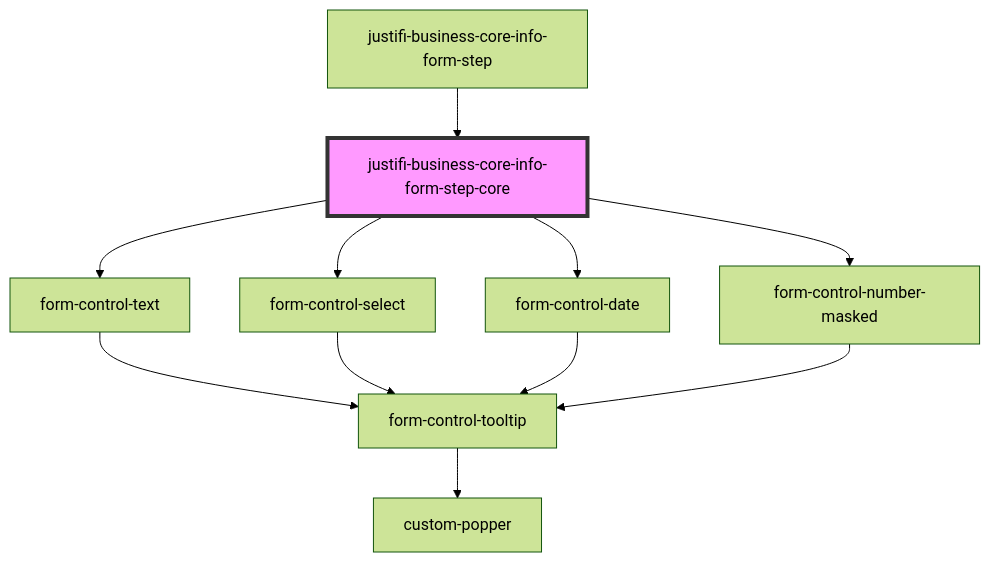
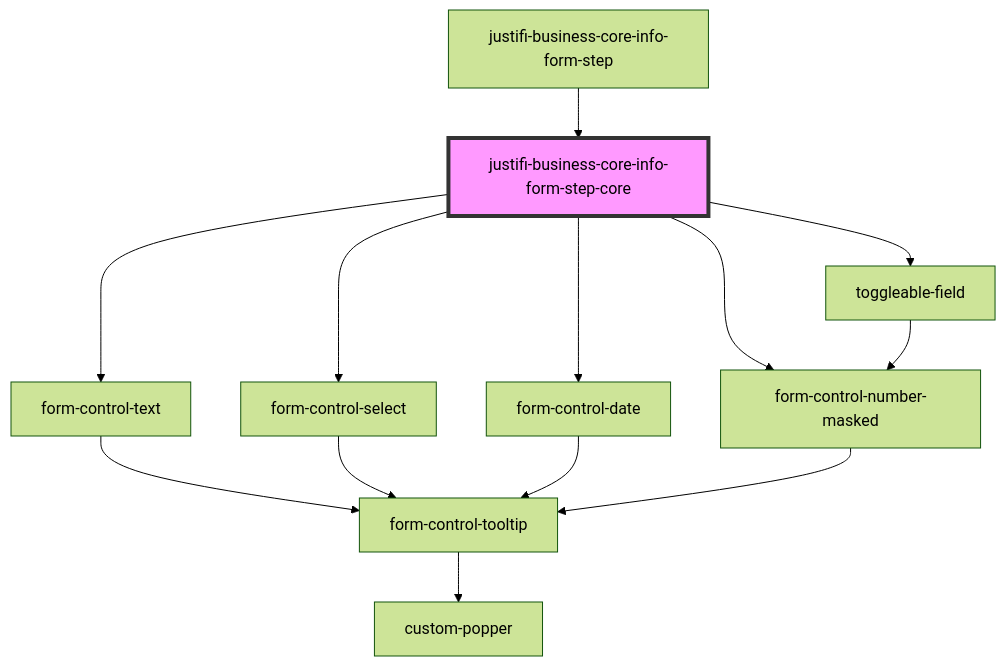
The diagram in packages/webcomponents/src/components/business-forms/payment-provisioning/business-core-info/readme.md (justifi-tech/web-component-library), drawn with Mermaid (forest theme) before and after one commit. The commit also changed other lines of this file and 21 other files, not shown here.

````diff
--- a/packages/webcomponents/src/components/business-forms/payment-provisioning/business-core-info/readme.md
+++ b/packages/webcomponents/src/components/business-forms/payment-provisioning/business-core-info/readme.md
@@ -61,14 +62,16 @@
 ```mermaid
 graph TD;
   justifi-business-core-info-form-step-core --> form-control-text
   justifi-business-core-info-form-step-core --> form-control-select
   justifi-business-core-info-form-step-core --> form-control-date
+  justifi-business-core-info-form-step-core --> toggleable-field
   justifi-business-core-info-form-step-core --> form-control-number-masked
   form-control-text --> form-control-tooltip
   form-control-tooltip --> custom-popper
   form-control-select --> form-control-tooltip
   form-control-date --> form-control-tooltip
+  toggleable-field --> form-control-number-masked
   form-control-number-masked --> form-control-tooltip
   justifi-business-core-info-form-step --> justifi-business-core-info-form-step-core
   style justifi-business-core-info-form-step-core fill:#f9f,stroke:#333,stroke-width:4px
 ```
````
